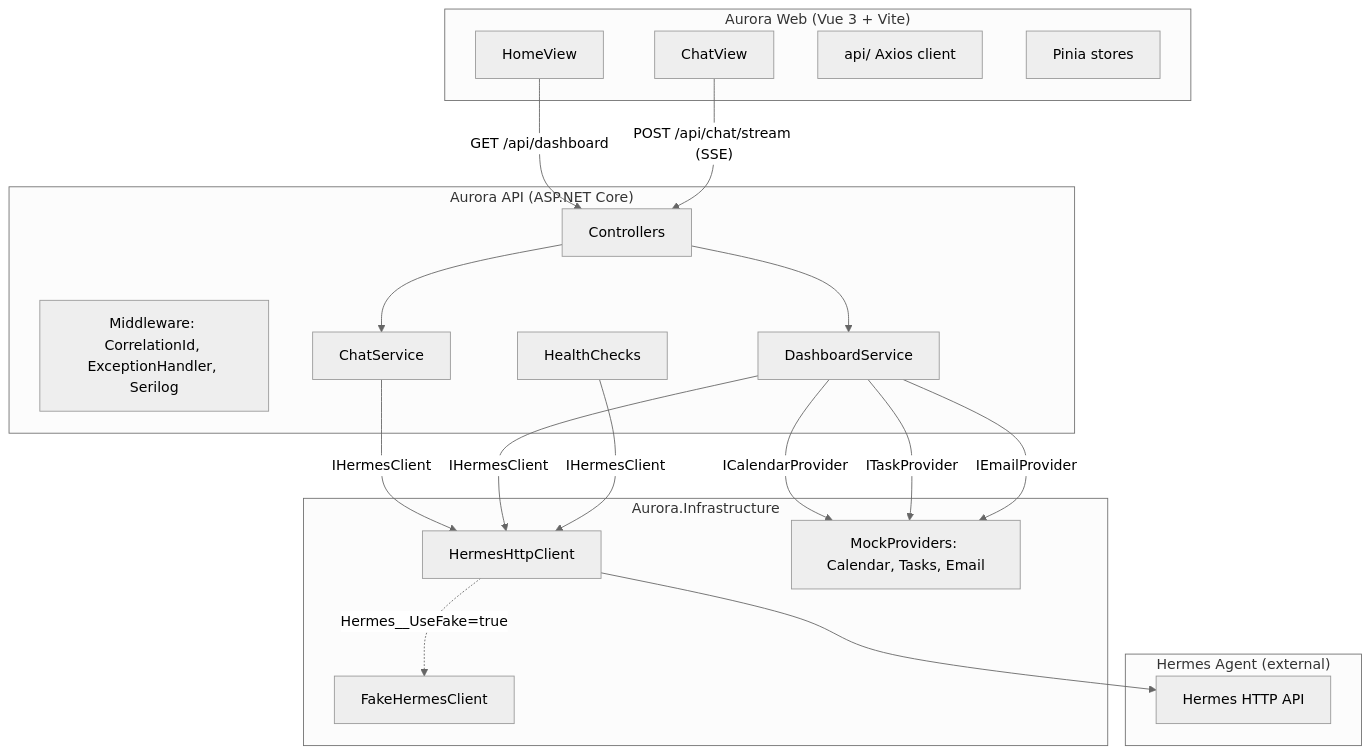
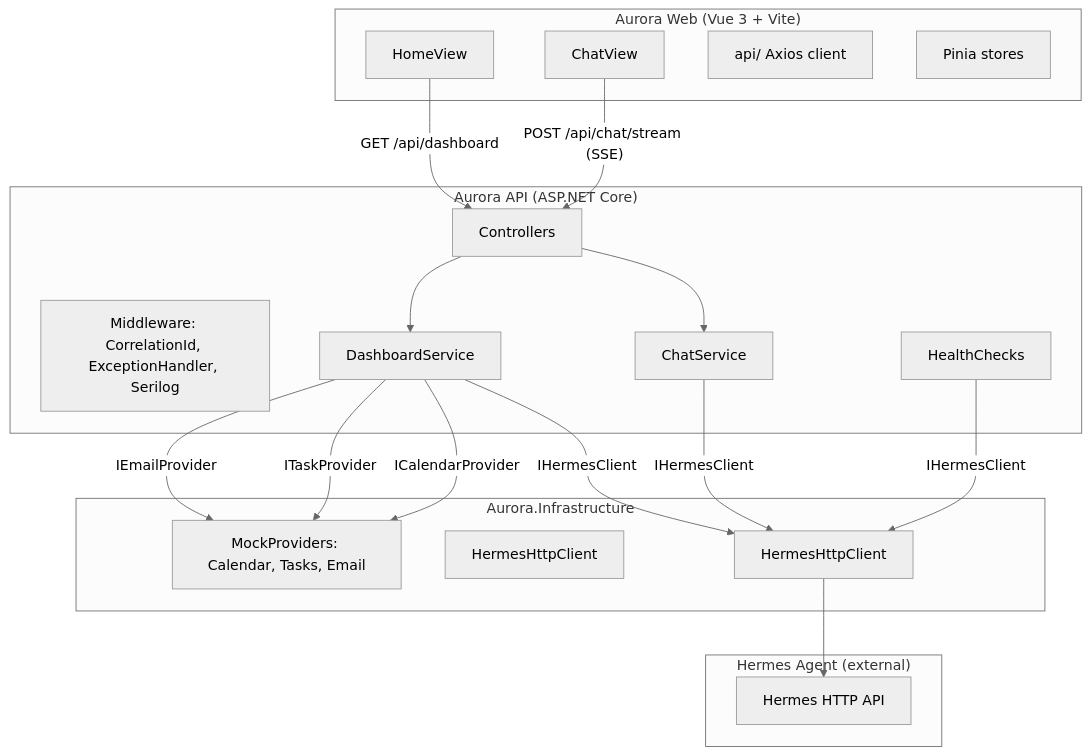
One commit to milenaferraz/aurora changed the diagram in .specs/features/aurora-mvp/design.md. Above: the diagram before and after it, drawn with Mermaid (neutral theme). The commit also changed other lines of this file and 4 other files, not shown here.

Commit message:
docs: remove fake hermes references

````diff
--- a/.specs/features/aurora-mvp/design.md
+++ b/.specs/features/aurora-mvp/design.md
@@ -12,40 +12,39 @@
 ```mermaid
 graph TD
     subgraph aurora-web ["Aurora Web (Vue 3 + Vite)"]
         AW_Home[HomeView]
         AW_Chat[ChatView]
         AW_Api[api/ Axios client]
         AW_Store[Pinia stores]
     end
 
     subgraph aurora-api ["Aurora API (ASP.NET Core)"]
         CTRL[Controllers]
         MW[Middleware: CorrelationId, ExceptionHandler, Serilog]
         SVC_Chat[ChatService]
         SVC_Dash[DashboardService]
         HC[HealthChecks]
     end
 
     subgraph aurora-infra ["Aurora.Infrastructure"]
         HERMES_HTTP[HermesHttpClient]
-        HERMES_FAKE[FakeHermesClient]
+        HERMES_FAKE[HermesHttpClient]
         MOCK_PROV[MockProviders: Calendar, Tasks, Email]
     end
 
     subgraph hermes ["Hermes Agent (external)"]
         HERMES[Hermes HTTP API]
     end
 
     AW_Home -- "GET /api/dashboard" --> CTRL
     AW_Chat -- "POST /api/chat/stream (SSE)" --> CTRL
     CTRL --> SVC_Chat
     CTRL --> SVC_Dash
     SVC_Chat -- IHermesClient --> HERMES_HTTP
     SVC_Dash -- IHermesClient --> HERMES_HTTP
     SVC_Dash -- ICalendarProvider --> MOCK_PROV
     SVC_Dash -- ITaskProvider --> MOCK_PROV
     SVC_Dash -- IEmailProvider --> MOCK_PROV
     HERMES_HTTP --> HERMES
-    HERMES_HTTP -. "Hermes__UseFake=true" .-> HERMES_FAKE
     HC -- IHermesClient --> HERMES_HTTP
 ```
````
